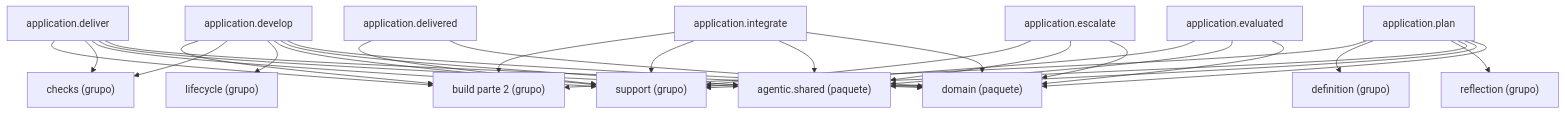
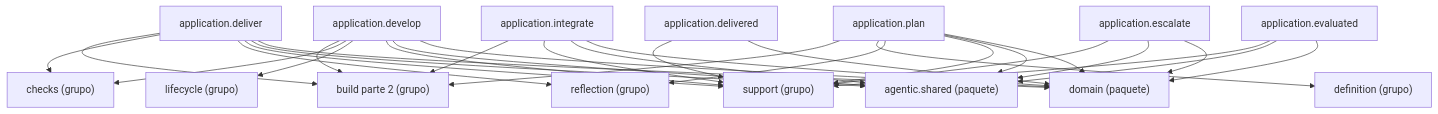
One commit to GonzaloZevallos/agentic-system changed the diagram in docs/architecture/generated/packages-process-application-build-1.md. Above: the diagram before and after it, drawn with Mermaid. The commit also changed other lines of this file and 16 other files, not shown here.

Commit message:
Place application.tracker_items in the reflection cluster so the process pages stay within the cap

````diff
--- a/docs/architecture/generated/packages-process-application-build-1.md
+++ b/docs/architecture/generated/packages-process-application-build-1.md
@@ -17,47 +16,48 @@
 ```mermaid
 graph TD
     g_application__build__2["build parte 2 (grupo)"]
     g_application__checks["checks (grupo)"]
     g_application__definition["definition (grupo)"]
     g_application__lifecycle["lifecycle (grupo)"]
     g_application__reflection["reflection (grupo)"]
     g_application__support["support (grupo)"]
     g_pkg__agentic__shared["agentic.shared (paquete)"]
     g_pkg__domain["domain (paquete)"]
     m_application__deliver["application.deliver"]
     m_application__delivered["application.delivered"]
     m_application__develop["application.develop"]
     m_application__escalate["application.escalate"]
     m_application__evaluated["application.evaluated"]
     m_application__integrate["application.integrate"]
     m_application__plan["application.plan"]
     m_application__deliver --> g_application__build__2
     m_application__deliver --> g_application__checks
+    m_application__deliver --> g_application__reflection
     m_application__deliver --> g_application__support
     m_application__deliver --> g_pkg__agentic__shared
     m_application__deliver --> g_pkg__domain
     m_application__delivered --> g_application__support
     m_application__delivered --> g_pkg__domain
     m_application__develop --> g_application__build__2
     m_application__develop --> g_application__checks
     m_application__develop --> g_application__lifecycle
     m_application__develop --> g_application__support
     m_application__develop --> g_pkg__agentic__shared
     m_application__develop --> g_pkg__domain
     m_application__escalate --> g_application__support
     m_application__escalate --> g_pkg__agentic__shared
     m_application__escalate --> g_pkg__domain
     m_application__evaluated --> g_application__support
     m_application__evaluated --> g_pkg__agentic__shared
     m_application__evaluated --> g_pkg__domain
     m_application__integrate --> g_application__build__2
     m_application__integrate --> g_application__support
     m_application__integrate --> g_pkg__agentic__shared
     m_application__integrate --> g_pkg__domain
     m_application__plan --> g_application__build__2
     m_application__plan --> g_application__definition
     m_application__plan --> g_application__reflection
     m_application__plan --> g_application__support
     m_application__plan --> g_pkg__agentic__shared
     m_application__plan --> g_pkg__domain
 ```
````
